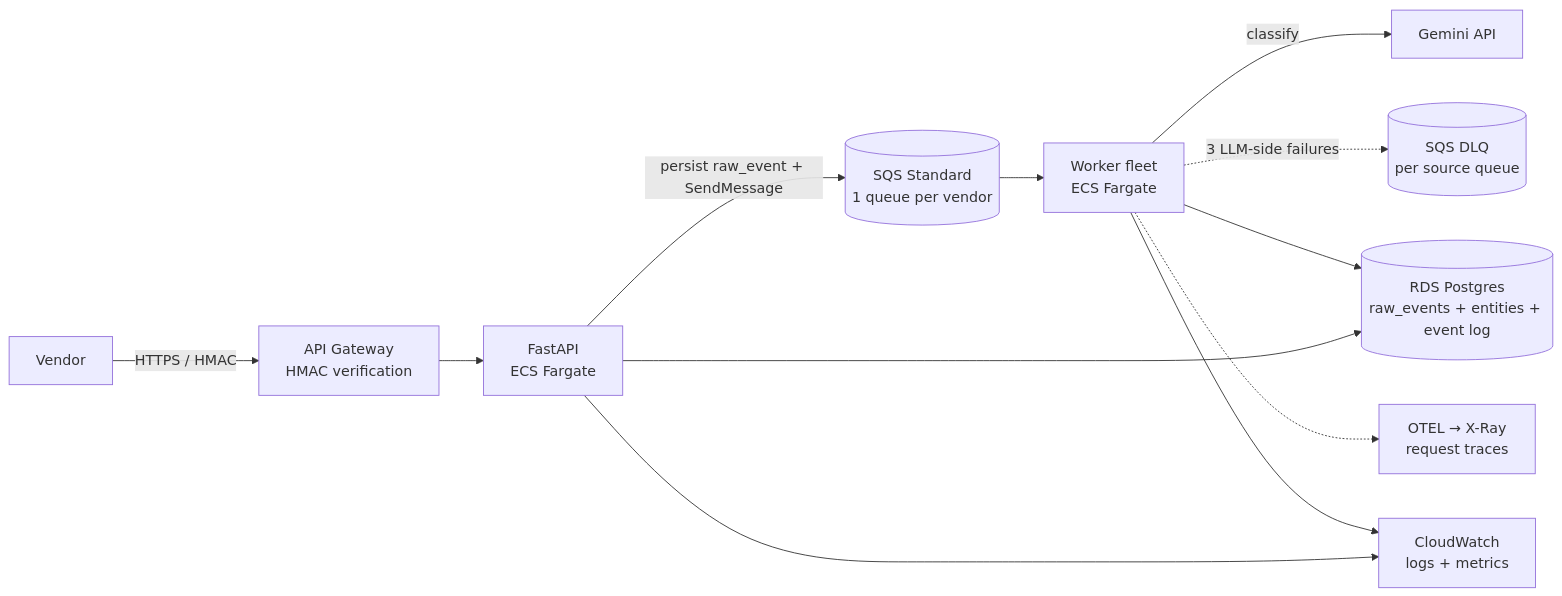
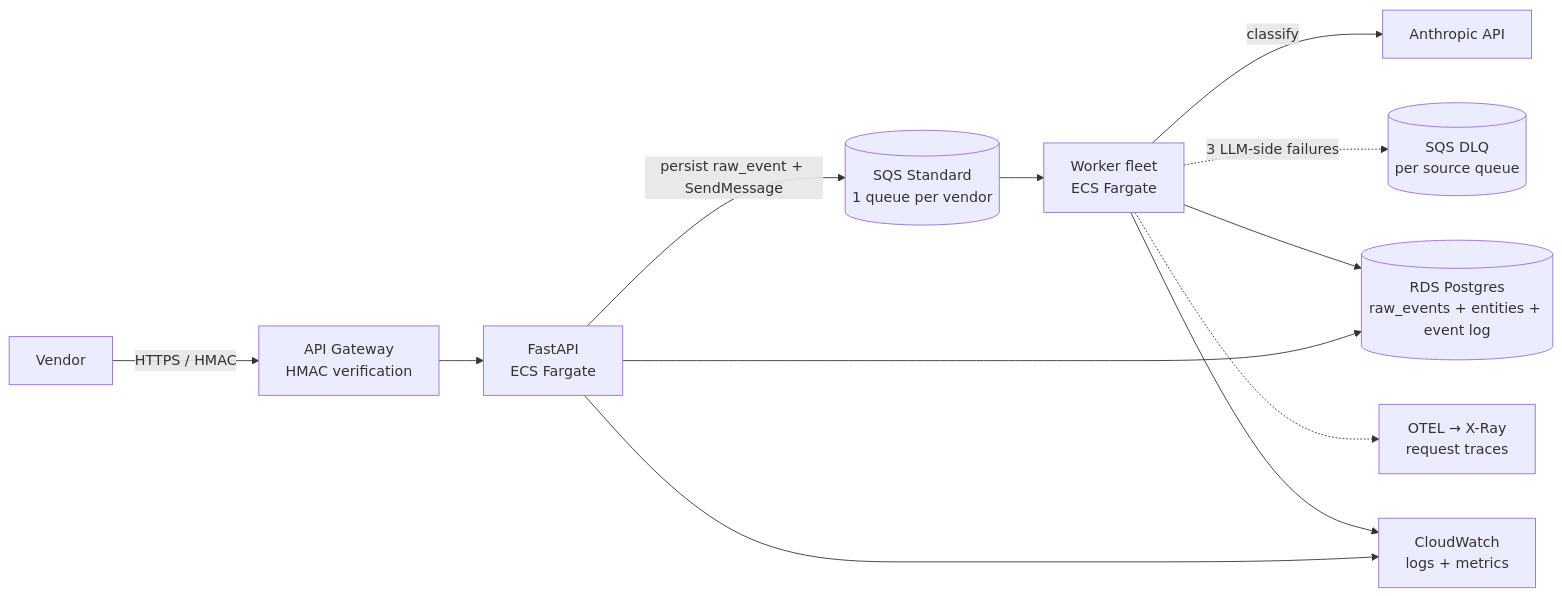
One commit to 0xvasanth/glacis changed the sixth of 6 diagrams in README.md. Above: the diagram before and after it, drawn with Mermaid. The commit also changed other lines of this file and 9 other files, not shown here.

Commit message:
refactor: drop Gemini backend, standardize on Anthropic Claude

````diff
--- a/README.md
+++ b/README.md
@@ -321,17 +321,17 @@
 ```mermaid
 flowchart LR
     Vendor[Vendor] -->|HTTPS / HMAC| APIGW[API Gateway<br/>HMAC verification]
     APIGW --> APIs[FastAPI<br/>ECS Fargate]
     APIs -->|"persist raw_event + SendMessage"| SQS[(SQS Standard<br/>1 queue per vendor)]
     APIs --> RDS[(RDS Postgres<br/>raw_events + entities + event log)]
 
     SQS --> Workers[Worker fleet<br/>ECS Fargate]
-    Workers -->|classify| Gemini[Gemini API]
+    Workers -->|classify| Claude[Anthropic API]
     Workers --> RDS
 
     Workers -.->|"3 LLM-side failures"| DLQ[(SQS DLQ<br/>per source queue)]
 
     APIs --> CW[CloudWatch<br/>logs + metrics]
     Workers --> CW
     Workers -.-> XRay[OTEL → X-Ray<br/>request traces]
 ```
````
